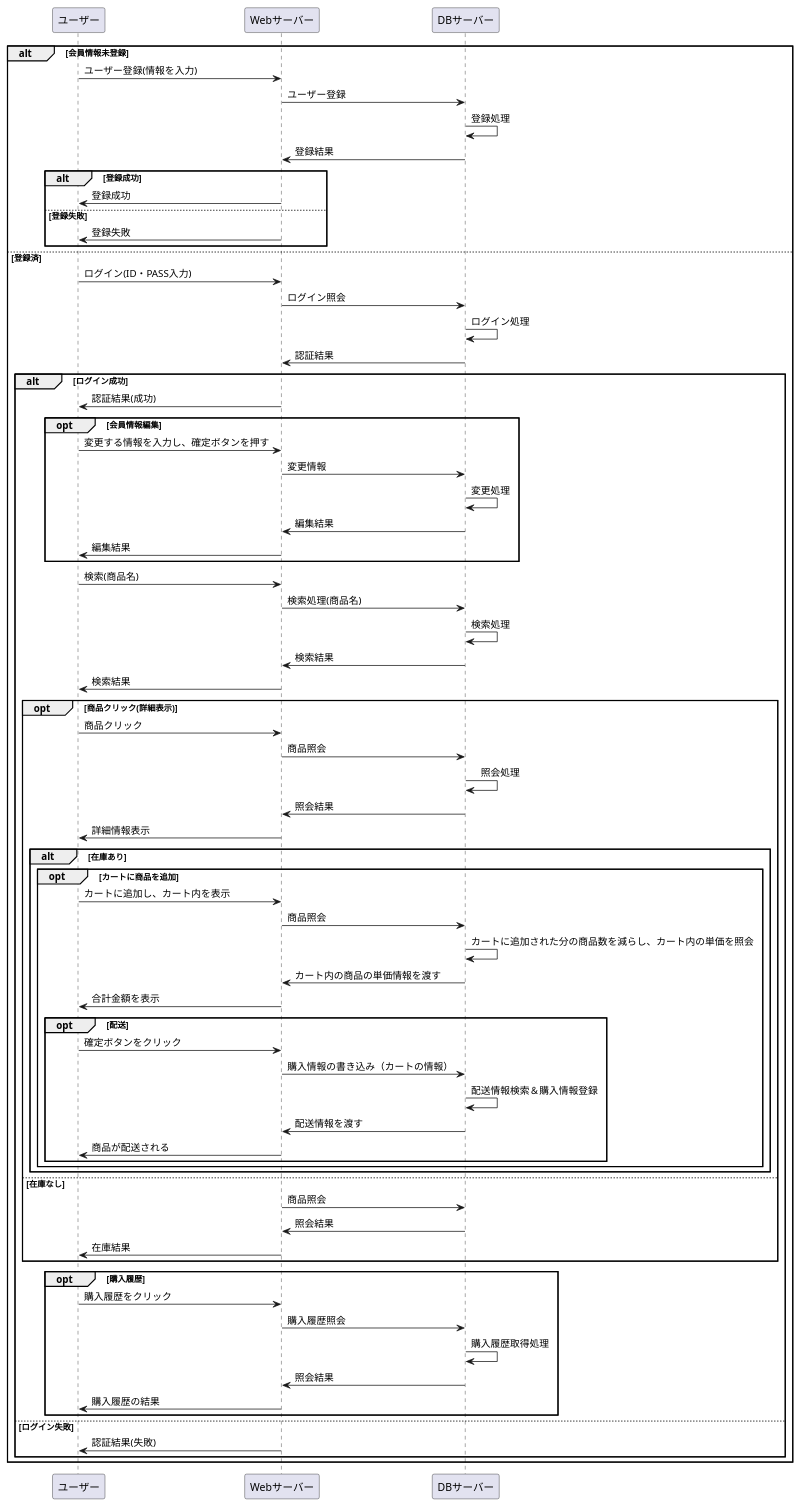
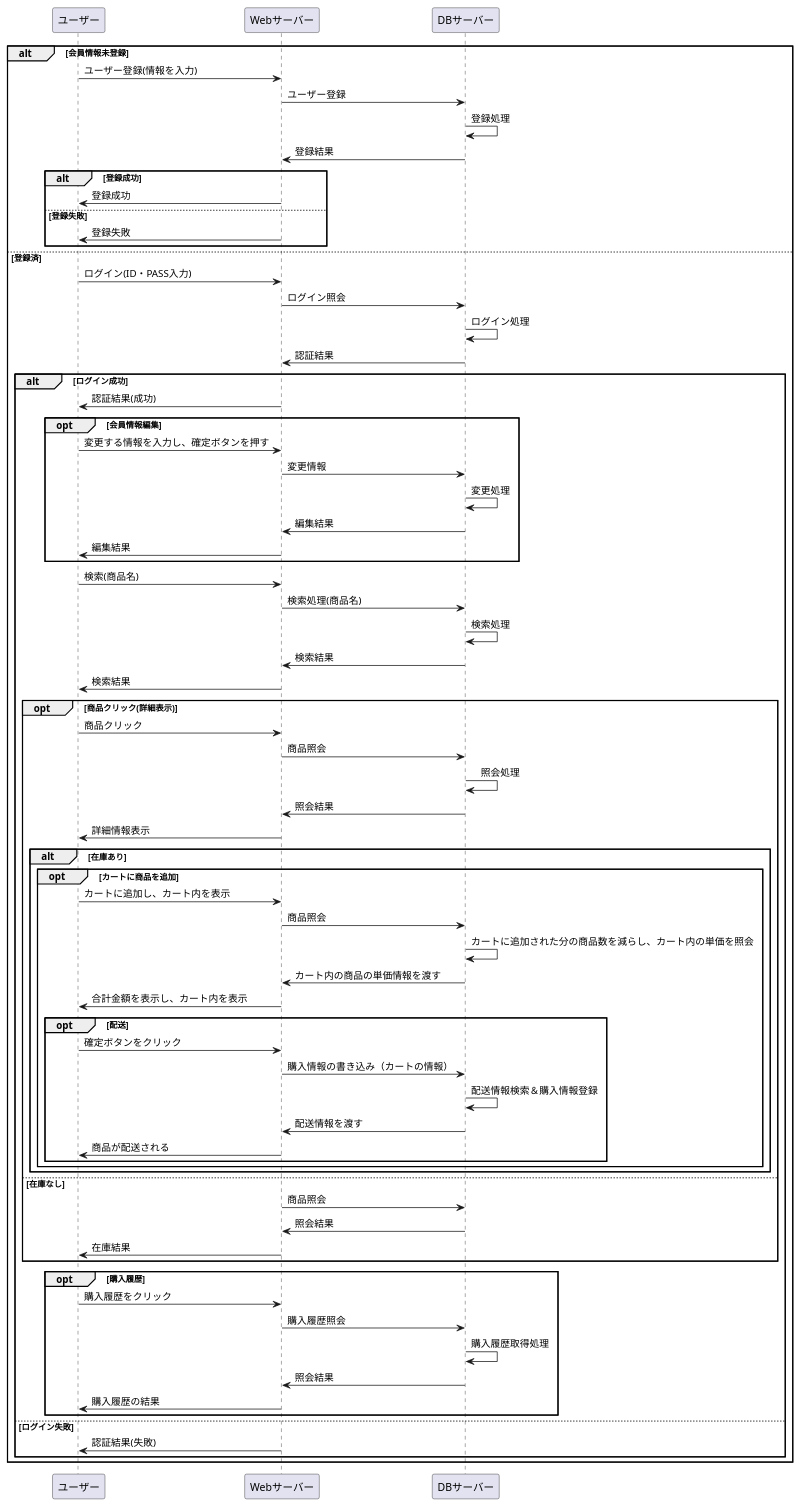
The diagram in 設計書/02_業務フロー/business-flow.md (Aso2001227/Aso-Sports-1), drawn with PlantUML before and after one commit.

`````diff
--- a/設計書/02_業務フロー/business-flow.md
+++ b/設計書/02_業務フロー/business-flow.md
@@ -1,82 +1,82 @@
 ```uml
 @startuml
 alt 会員情報未登録
   ユーザー -> Webサーバー : ユーザー登録(情報を入力)
   Webサーバー -> DBサーバー : ユーザー登録
   DBサーバー -> DBサーバー : 登録処理
   DBサーバー -> Webサーバー : 登録結果
   alt 登録成功
     Webサーバー -> ユーザー : 登録成功
     else 登録失敗
     Webサーバー -> ユーザー : 登録失敗
   end
 else 登録済
   ユーザー -> Webサーバー : ログイン(ID・PASS入力)
   Webサーバー -> DBサーバー : ログイン照会
   DBサーバー -> DBサーバー : ログイン処理
   DBサーバー -> Webサーバー : 認証結果
   alt ログイン成功
     Webサーバー -> ユーザー : 認証結果(成功)
     opt 会員情報編集
       ユーザー -> Webサーバー : 変更する情報を入力し、確定ボタンを押す
       Webサーバー -> DBサーバー :変更情報
       DBサーバー -> DBサーバー : 変更処理
       DBサーバー -> Webサーバー : 編集結果
       Webサーバー -> ユーザー : 編集結果
     end
     ユーザー -> Webサーバー : 検索(商品名)
     Webサーバー -> DBサーバー : 検索処理(商品名)
     DBサーバー -> DBサーバー : 検索処理
     DBサーバー -> Webサーバー : 検索結果
     Webサーバー -> ユーザー : 検索結果
     opt 商品クリック(詳細表示)
       ユーザー -> Webサーバー : 商品クリック
       Webサーバー -> DBサーバー : 商品照会
       DBサーバー -> DBサーバー : 　照会処理
       DBサーバー -> Webサーバー : 照会結果
       Webサーバー -> ユーザー : 詳細情報表示
       alt 在庫あり
         opt カートに商品を追加
           ユーザー -> Webサーバー : カートに追加し、カート内を表示
           Webサーバー -> DBサーバー : 商品照会
           DBサーバー -> DBサーバー : カートに追加された分の商品数を減らし、カート内の単価を照会
           DBサーバー -> Webサーバー :カート内の商品の単価情報を渡す
-          Webサーバー -> ユーザー:合計金額を表示
+          Webサーバー -> ユーザー:合計金額を表示し、カート内を表示
           opt 配送
             ユーザー -> Webサーバー : 確定ボタンをクリック
             Webサーバー -> DBサーバー :購入情報の書き込み（カートの情報）
             DBサーバー -> DBサーバー : 配送情報検索＆購入情報登録
             DBサーバー -> Webサーバー :配送情報を渡す
             Webサーバー -> ユーザー:商品が配送される
         end
       end
 
 
 
 
 
 
 end
 else 在庫なし
 Webサーバー -> DBサーバー : 商品照会
 DBサーバー -> Webサーバー : 照会結果
 Webサーバー -> ユーザー : 在庫結果
 end
 opt 購入履歴
 ユーザー ->Webサーバー :購入履歴をクリック
 Webサーバー -> DBサーバー :購入履歴照会
 DBサーバー -> DBサーバー : 購入履歴取得処理
 DBサーバー -> Webサーバー :照会結果
 Webサーバー -> ユーザー :購入履歴の結果
 end
 else ログイン失敗
 Webサーバー -> ユーザー : 認証結果(失敗)
 end
 end
 
 
 
 
 
 @enduml
 ````
`````
